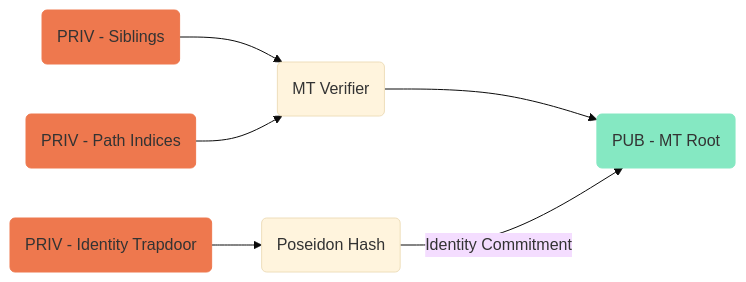
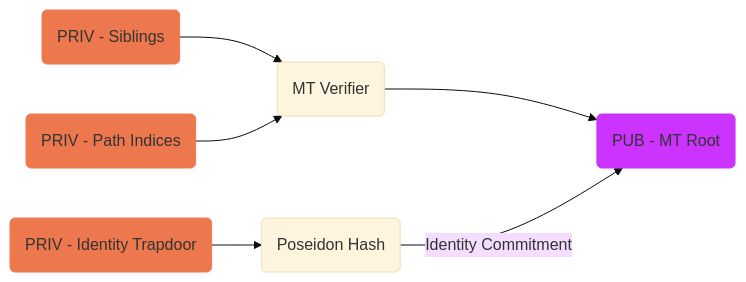
The diagram in zkgroup/README.md (Poseidon-ZKP/Applied-ZKP-Workshop), drawn with Mermaid (base theme) before and after one commit.

````diff
--- a/zkgroup/README.md
+++ b/zkgroup/README.md
@@ -7,9 +7,9 @@
  ```mermaid
     flowchart LR
         style s fill:#EE784E,stroke:#EE784E,stroke-width:1px
         style pi fill:#EE784E,stroke:#EE784E,stroke-width:1px
         style it fill:#EE784E,stroke:#EE784E,stroke-width:1px
-        style mr fill:#85E8C2,stroke:#85E8C2,stroke-width:1px
+        style mr fill:#cc33ff,stroke:#cc33ff,stroke-width:1px
     s(PRIV - Siblings) & pi(PRIV - Path Indices) --> M1(MT Verifier) --> mr(PUB - MT Root)
     it(PRIV - Identity Trapdoor) --> H1(Poseidon Hash)  --> |Identity Commitment| mr
  ```
````
